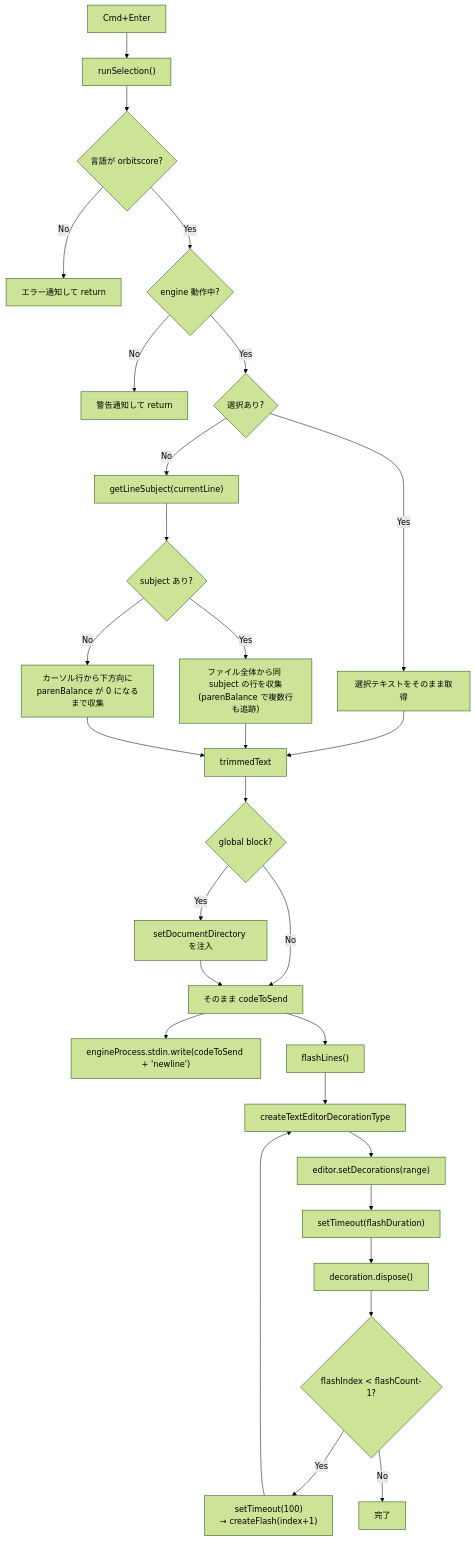
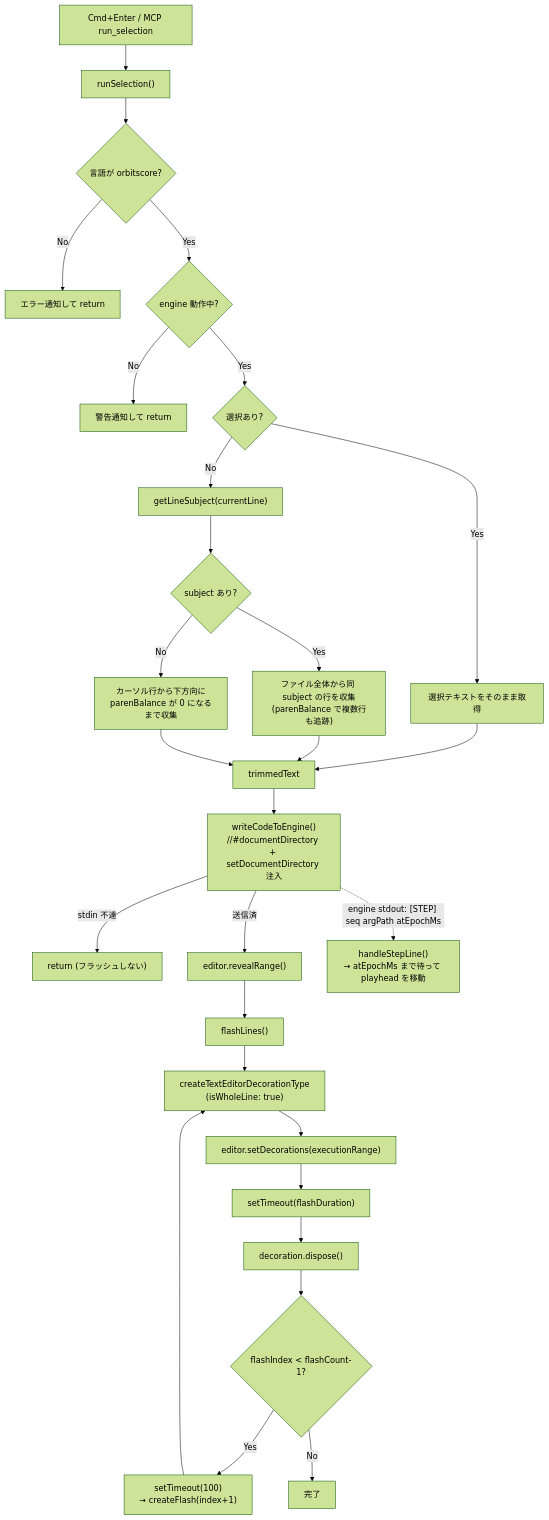
The diagram in sites/dev/editor/execution-feedback.md (signalcompose/orbitscore), drawn with Mermaid (forest theme) before and after one commit. The commit also changed other lines of this file and 6 other files, not shown here.

````diff
--- a/sites/dev/editor/execution-feedback.md
+++ b/sites/dev/editor/execution-feedback.md
@@ -457,37 +670,36 @@
 ```mermaid
 flowchart TD
-    A["Cmd+Enter"] --> B["runSelection()"]
+    A["Cmd+Enter / MCP run_selection"] --> B["runSelection()"]
     B --> C{言語が orbitscore?}
     C -->|No| D["エラー通知して return"]
     C -->|Yes| E{engine 動作中?}
     E -->|No| F["警告通知して return"]
     E -->|Yes| G{選択あり?}
 
     G -->|Yes| H["選択テキストをそのまま取得"]
     G -->|No| I["getLineSubject(currentLine)"]
 
     I --> J{subject あり?}
     J -->|Yes| K["ファイル全体から同 subject の行を収集\n(parenBalance で複数行も追跡)"]
     J -->|No| L["カーソル行から下方向に\nparenBalance が 0 になるまで収集"]
 
     H --> M["trimmedText"]
     K --> M
     L --> M
 
-    M --> N{global block?}
-    N -->|Yes| O["setDocumentDirectory を注入"]
-    N -->|No| P["そのまま codeToSend"]
-    O --> P
+    M --> W["writeCodeToEngine()\n//#documentDirectory + setDocumentDirectory 注入"]
+    W -->|"stdin 不達"| WX["return (フラッシュしない)"]
+    W -->|"送信済"| RV["editor.revealRange()"]
+    RV --> R["flashLines()"]
 
-    P --> Q["engineProcess.stdin.write(codeToSend + 'newline')"]
-    P --> R["flashLines()"]
-
-    R --> S["createTextEditorDecorationType"]
-    S --> T["editor.setDecorations(range)"]
+    R --> S["createTextEditorDecorationType\n(isWholeLine: true)"]
+    S --> T["editor.setDecorations(executionRange)"]
     T --> U["setTimeout(flashDuration)"]
     U --> V["decoration.dispose()"]
-    V --> W{flashIndex < flashCount-1?}
-    W -->|Yes| X["setTimeout(100)\n→ createFlash(index+1)"]
-    X --> S
-    W -->|No| Y["完了"]
+    V --> X{flashIndex < flashCount-1?}
+    X -->|Yes| Y["setTimeout(100)\n→ createFlash(index+1)"]
+    Y --> S
+    X -->|No| Z["完了"]
+
+    W -.->|"engine stdout: [STEP] seq argPath atEpochMs"| PH["handleStepLine()\n→ atEpochMs まで待って playhead を移動"]
 ```
````
